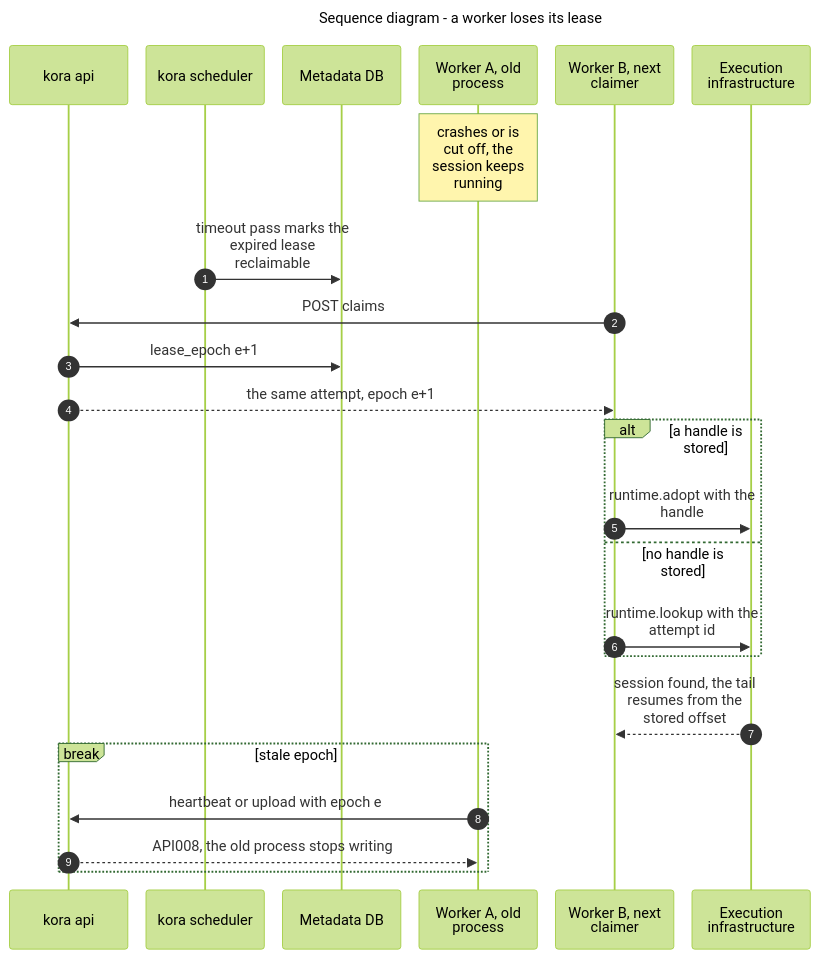
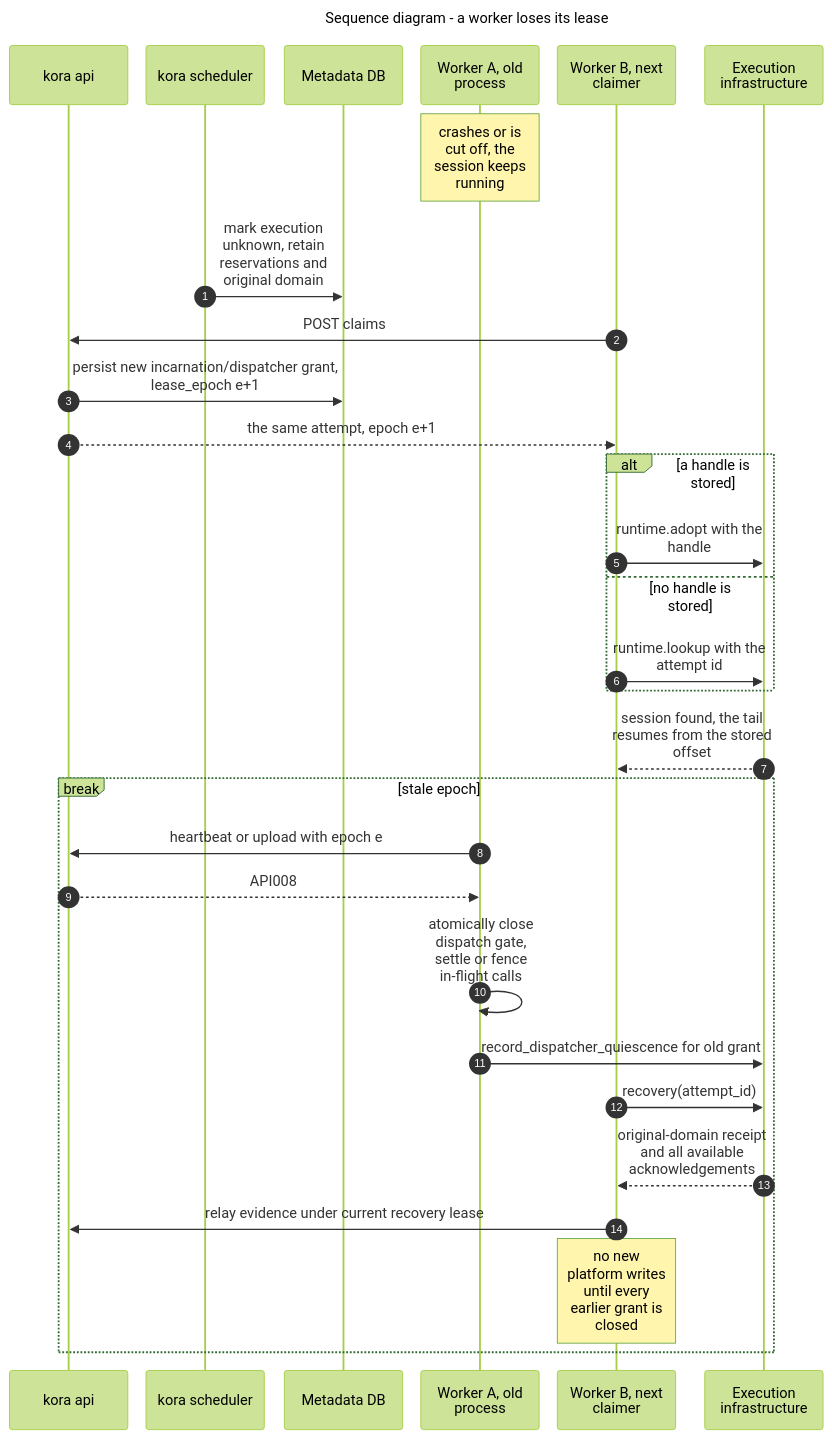
One commit to klukashka/kora changed diagram 12 of 24 in knowledge/architecture/internals.md. Above: the diagram before and after it, drawn with Mermaid (forest theme). The commit also changed other lines of this file and 22 other files, not shown here.

First line of the commit message:
docs: require execution closure before replacement (#59)

````diff
--- a/knowledge/architecture/internals.md
+++ b/knowledge/architecture/internals.md
@@ -707,36 +708,42 @@
 ```mermaid
 ---
 title: Sequence diagram - a worker loses its lease
 config:
   sequence:
     wrap: true
     width: 130
     actorMargin: 20
     messageMargin: 30
 ---
 sequenceDiagram
   accTitle: A worker loses its lease
-  accDescr: Worker A stops heartbeating while the session keeps running. The scheduler's timeout pass marks the expired lease reclaimable. Worker B, the same worker after a restart or any worker of a runtime with portable handles, claims the attempt with epoch e plus one, adopts the session by its handle or looks it up by the attempt id, and resumes the event tail from the stored offset. When the old process writes with epoch e, the API rejects it with API008 and the old process stops writing.
+  accDescr: Worker A stops heartbeating while execution may continue. Lease expiry records unknown execution without releasing reservations. Worker B receives a fresh recovery claim in the original domain and observes or adopts the same handle. Old API writes fail API008. Worker A must close its local dispatch gate and settle in-flight operations before appending a closure acknowledgement to the runtime registry. Worker B relays that evidence under its fresh lease, until every earlier grant is closed its adoption remains observational. If old authority cannot be reached the attempt remains unresolved until evidenced termination and closure, never lost by time alone.
   autonumber
   participant A as kora api
   participant S as kora scheduler
   participant D as Metadata DB
   participant WA as Worker A, old process
   participant WB as Worker B, next claimer
   participant RT as Execution infrastructure
   Note over WA: crashes or is cut off, the session keeps running
-  S->>D: timeout pass marks the expired lease reclaimable
+  S->>D: mark execution unknown, retain reservations and original domain
   WB->>A: POST claims
-  A->>D: lease_epoch e+1
+  A->>D: persist new incarnation/dispatcher grant, lease_epoch e+1
   A-->>WB: the same attempt, epoch e+1
   alt a handle is stored
     WB->>RT: runtime.adopt with the handle
   else no handle is stored
     WB->>RT: runtime.lookup with the attempt id
   end
   RT-->>WB: session found, the tail resumes from the stored offset
   break stale epoch
     WA->>A: heartbeat or upload with epoch e
-    A-->>WA: API008, the old process stops writing
+    A-->>WA: API008
+    WA->>WA: atomically close dispatch gate, settle or fence in-flight calls
+    WA->>RT: record_dispatcher_quiescence for old grant
+    WB->>RT: recovery(attempt_id)
+    RT-->>WB: original-domain receipt and all available acknowledgements
+    WB->>A: relay evidence under current recovery lease
+    Note over WB: no new platform writes until every earlier grant is closed
   end
 ```
````
